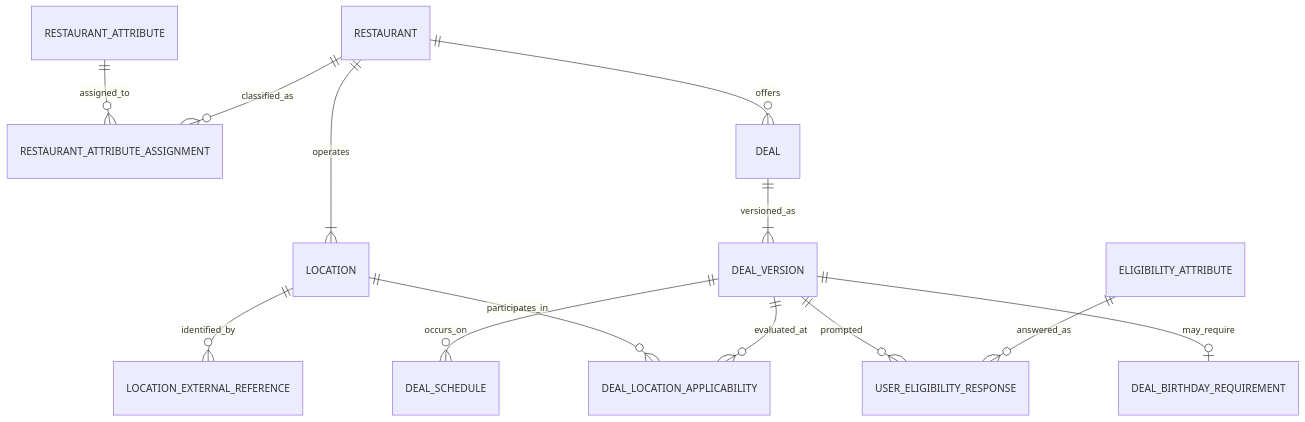
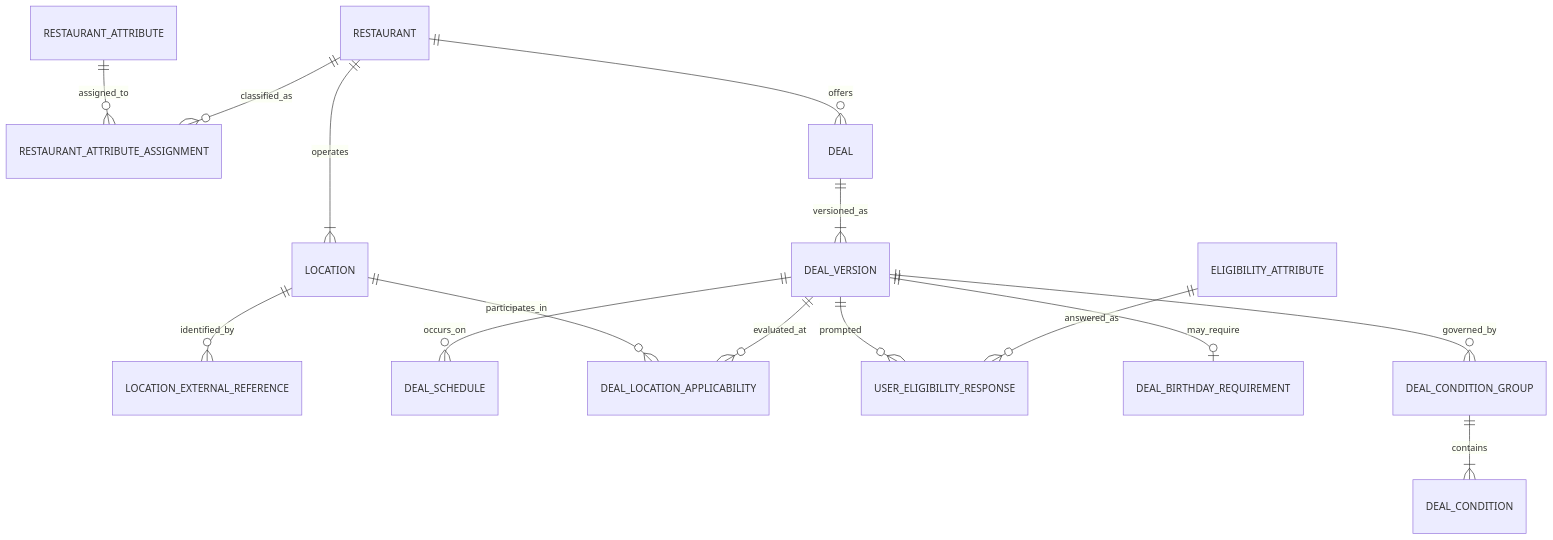
One commit to arivera1128/WhereWeGoing changed the diagram in docs/docs/RELATIONAL_MODEL.md. Above: the diagram before and after it, drawn with Mermaid. The commit also changed other lines of this file and 3 other files, not shown here.

Commit message:
Define deal condition groups

````diff
--- a/docs/docs/RELATIONAL_MODEL.md
+++ b/docs/docs/RELATIONAL_MODEL.md
@@ -253,15 +279,17 @@
 ```mermaid
 erDiagram
   RESTAURANT ||--|{ LOCATION : operates
   LOCATION ||--o{ LOCATION_EXTERNAL_REFERENCE : identified_by
   RESTAURANT ||--o{ RESTAURANT_ATTRIBUTE_ASSIGNMENT : classified_as
   RESTAURANT_ATTRIBUTE ||--o{ RESTAURANT_ATTRIBUTE_ASSIGNMENT : assigned_to
   RESTAURANT ||--o{ DEAL : offers
   DEAL ||--|{ DEAL_VERSION : versioned_as
   DEAL_VERSION ||--o{ DEAL_SCHEDULE : occurs_on
   DEAL_VERSION ||--o{ DEAL_LOCATION_APPLICABILITY : evaluated_at
   LOCATION ||--o{ DEAL_LOCATION_APPLICABILITY : participates_in
   ELIGIBILITY_ATTRIBUTE ||--o{ USER_ELIGIBILITY_RESPONSE : answered_as
   DEAL_VERSION ||--o{ USER_ELIGIBILITY_RESPONSE : prompted
   DEAL_VERSION ||--o| DEAL_BIRTHDAY_REQUIREMENT : may_require
+  DEAL_VERSION ||--o{ DEAL_CONDITION_GROUP : governed_by
+  DEAL_CONDITION_GROUP ||--|{ DEAL_CONDITION : contains
 ```
````
